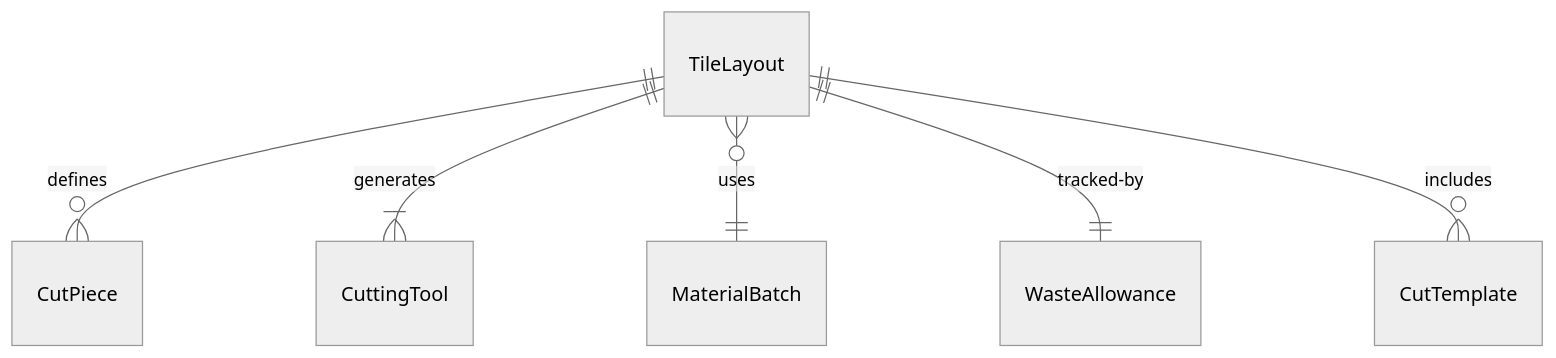
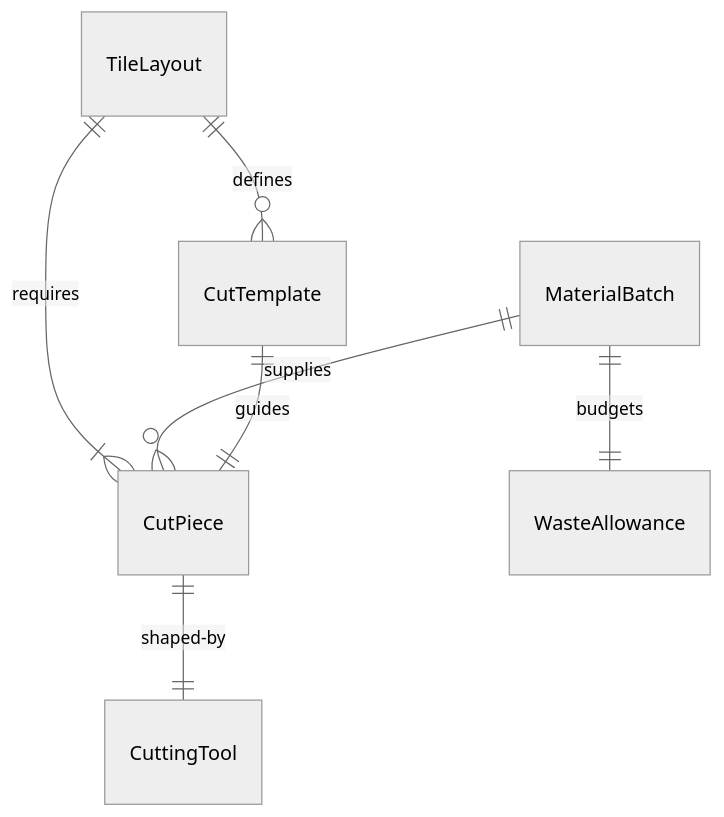
One commit to dot-org-ai/tasks.org.ai changed the first of 4 diagrams in HandlingAndMovingObjects/CutMaterials/CutTileStoneMasonryMaterials.mdx. Above: the diagram before and after it, drawn with Mermaid (neutral theme). The commit also changed other lines of this file and 515 other files, not shown here.

````diff
--- a/HandlingAndMovingObjects/CutMaterials/CutTileStoneMasonryMaterials.mdx
+++ b/HandlingAndMovingObjects/CutMaterials/CutTileStoneMasonryMaterials.mdx
@@ -87,8 +87,9 @@
 ```mermaid
 erDiagram
-    TileLayout ||--o{ CutPiece : "defines"
-    TileLayout ||--|{ CuttingTool : "generates"
-    TileLayout }o--|| MaterialBatch : "uses"
-    TileLayout ||--|| WasteAllowance : "tracked-by"
-    TileLayout ||--o{ CutTemplate : "includes"
+    TileLayout ||--o{ CutTemplate : "defines"
+    TileLayout ||--|{ CutPiece : "requires"
+    MaterialBatch ||--o{ CutPiece : "supplies"
+    CutPiece ||--|| CuttingTool : "shaped-by"
+    MaterialBatch ||--|| WasteAllowance : "budgets"
+    CutTemplate ||--|| CutPiece : "guides"
 ```
````
